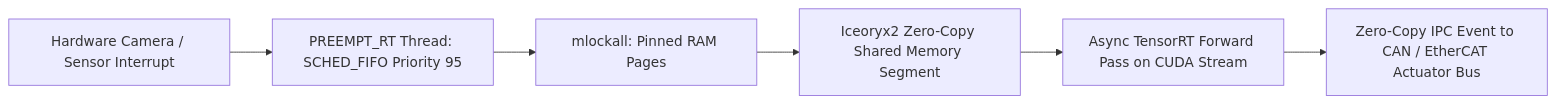
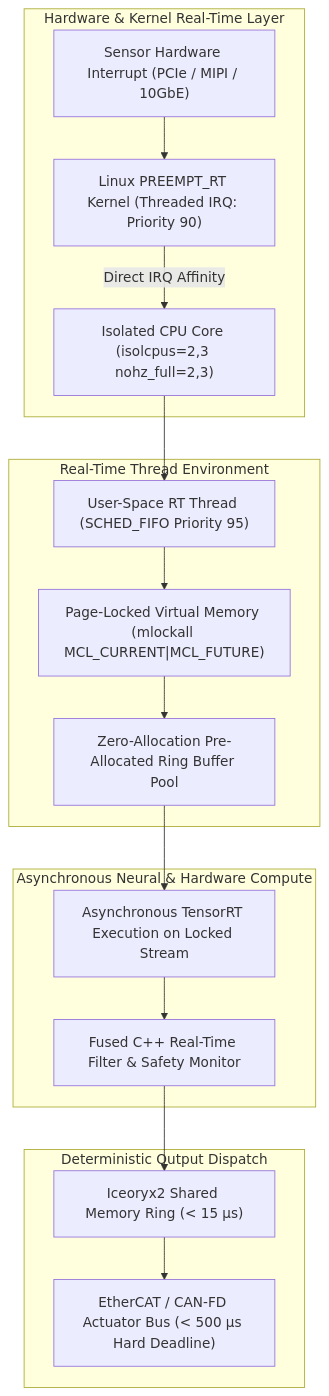
Before and after one commit to sergiomh499/cv-projects: the diagram in topics/real-time-systems/02-production-pipeline-and-workarounds.md, drawn with Mermaid. The commit also changed other lines of this file and 41 other files, not shown here.

Commit message:
docs(vault): deep expansion across 20 topic production pipelines, 2025-2026 architectures (RF-DETR, Qwen2.5-VL, MambaVision), and complete taxonomy matrices

````diff
--- a/topics/real-time-systems/02-production-pipeline-and-workarounds.md
+++ b/topics/real-time-systems/02-production-pipeline-and-workarounds.md
@@ -30,9 +36,23 @@
 ```mermaid
-flowchart LR
-    Sensor["Hardware Camera / Sensor Interrupt"] --> RealTimeThread["PREEMPT_RT Thread: SCHED_FIFO Priority 95"]
-    RealTimeThread --> Mlock["mlockall: Pinned RAM Pages"]
-    Mlock --> ShmPool["Iceoryx2 Zero-Copy Shared Memory Segment"]
-    ShmPool --> TRT["Async TensorRT Forward Pass on CUDA Stream"]
-    TRT --> Actuator["Zero-Copy IPC Event to CAN / EtherCAT Actuator Bus"]
+flowchart TD
+    subgraph "Hardware & Kernel Real-Time Layer"
+        HardwareIRQ["Sensor Hardware Interrupt (PCIe / MIPI / 10GbE)"] --> RTKernel["Linux PREEMPT_RT Kernel (Threaded IRQ: Priority 90)"]
+        RTKernel -->|"Direct IRQ Affinity"| IsolatedCore["Isolated CPU Core (isolcpus=2,3 nohz_full=2,3)"]
+    end
 
+    subgraph "Real-Time Thread Environment"
+        IsolatedCore --> RTThread["User-Space RT Thread (SCHED_FIFO Priority 95)"]
+        RTThread --> Mlock["Page-Locked Virtual Memory (mlockall MCL_CURRENT|MCL_FUTURE)"]
+        Mlock --> StaticPool["Zero-Allocation Pre-Allocated Ring Buffer Pool"]
+    end
+
+    subgraph "Asynchronous Neural & Hardware Compute"
+        StaticPool --> CUDAAsync["Asynchronous TensorRT Execution on Locked Stream"]
+        CUDAAsync --> PostProcess["Fused C++ Real-Time Filter & Safety Monitor"]
+    end
+
+    subgraph "Deterministic Output Dispatch"
+        PostProcess --> ZeroCopyIPC["Iceoryx2 Shared Memory Ring (< 15 µs)"]
+        ZeroCopyIPC --> Fieldbus["EtherCAT / CAN-FD Actuator Bus (< 500 µs Hard Deadline)"]
+    end
 ```
````
